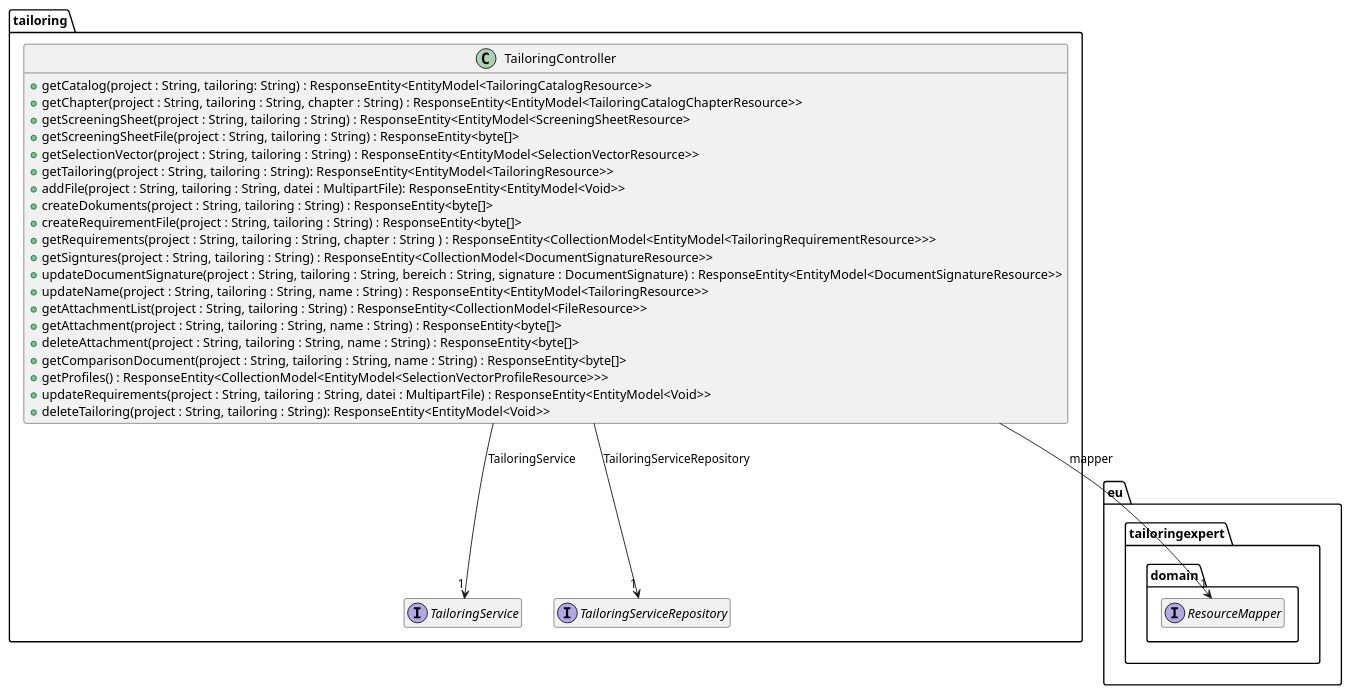
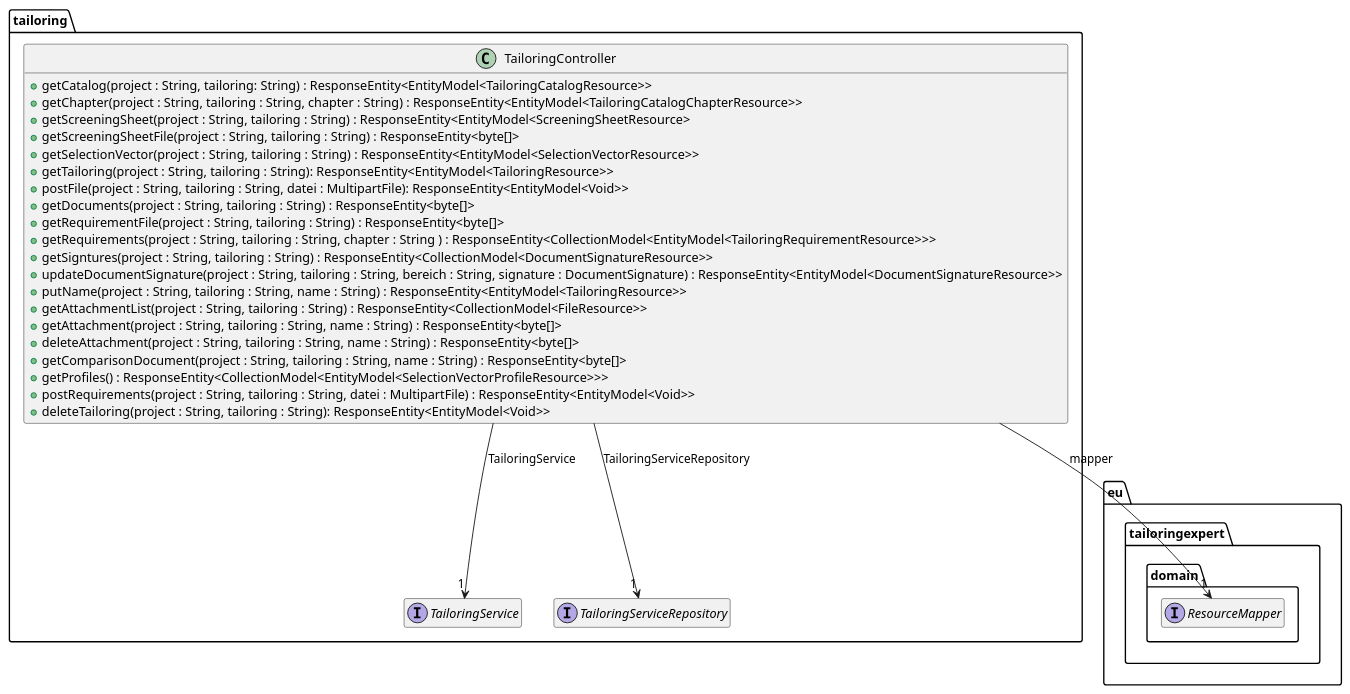
Before and after one commit to tailoringexpert/platform: the diagram in src/site/arc42/plantuml/rest/tailoring/Ebene3.plantuml, drawn with PlantUML. The commit also changed 69 other files, not shown here.

```diff
--- a/src/site/arc42/plantuml/rest/tailoring/Ebene3.plantuml
+++ b/src/site/arc42/plantuml/rest/tailoring/Ebene3.plantuml
@@ -1,48 +1,48 @@
 @startuml
 hide empty members
 
 package eu.tailoringexpert {
     package domain {
         interface ResourceMapper
     }
 }
 
 package tailoring {
 
 
     interface TailoringService {
     }
 
     interface TailoringServiceRepository {
     }
 
     class TailoringController {
         +getCatalog(project : String, tailoring: String) : ResponseEntity<EntityModel<TailoringCatalogResource>>
         +getChapter(project : String, tailoring : String, chapter : String) : ResponseEntity<EntityModel<TailoringCatalogChapterResource>>
         +getScreeningSheet(project : String, tailoring : String) : ResponseEntity<EntityModel<ScreeningSheetResource>
         +getScreeningSheetFile(project : String, tailoring : String) : ResponseEntity<byte[]>
         +getSelectionVector(project : String, tailoring : String) :  ResponseEntity<EntityModel<SelectionVectorResource>>
         +getTailoring(project : String, tailoring : String): ResponseEntity<EntityModel<TailoringResource>>
-        +addFile(project : String, tailoring : String, datei : MultipartFile): ResponseEntity<EntityModel<Void>>
-        +createDokuments(project : String, tailoring : String) : ResponseEntity<byte[]>
-        +createRequirementFile(project : String, tailoring : String) : ResponseEntity<byte[]>
+        +postFile(project : String, tailoring : String, datei : MultipartFile): ResponseEntity<EntityModel<Void>>
+        +getDocuments(project : String, tailoring : String) : ResponseEntity<byte[]>
+        +getRequirementFile(project : String, tailoring : String) : ResponseEntity<byte[]>
         +getRequirements(project : String, tailoring : String, chapter : String ) : ResponseEntity<CollectionModel<EntityModel<TailoringRequirementResource>>>
         +getSigntures(project : String, tailoring : String) : ResponseEntity<CollectionModel<DocumentSignatureResource>>
         +updateDocumentSignature(project : String, tailoring : String, bereich : String, signature : DocumentSignature) : ResponseEntity<EntityModel<DocumentSignatureResource>>
-        +updateName(project : String, tailoring : String, name : String) : ResponseEntity<EntityModel<TailoringResource>>
+        +putName(project : String, tailoring : String, name : String) : ResponseEntity<EntityModel<TailoringResource>>
         +getAttachmentList(project : String, tailoring : String) : ResponseEntity<CollectionModel<FileResource>>
         +getAttachment(project : String, tailoring : String, name : String) : ResponseEntity<byte[]>
         +deleteAttachment(project : String, tailoring : String, name : String) : ResponseEntity<byte[]>
         +getComparisonDocument(project : String, tailoring : String, name : String) : ResponseEntity<byte[]>
         +getProfiles() : ResponseEntity<CollectionModel<EntityModel<SelectionVectorProfileResource>>>
-        +updateRequirements(project : String, tailoring : String, datei : MultipartFile) : ResponseEntity<EntityModel<Void>>
+        +postRequirements(project : String, tailoring : String, datei : MultipartFile) : ResponseEntity<EntityModel<Void>>
         +deleteTailoring(project : String, tailoring : String): ResponseEntity<EntityModel<Void>>
     }
 
 
     TailoringController --> "1" ResourceMapper : mapper
     TailoringController --> "1" TailoringService : TailoringService
     TailoringController --> "1" TailoringServiceRepository : TailoringServiceRepository
 
 }
 @enduml
```
